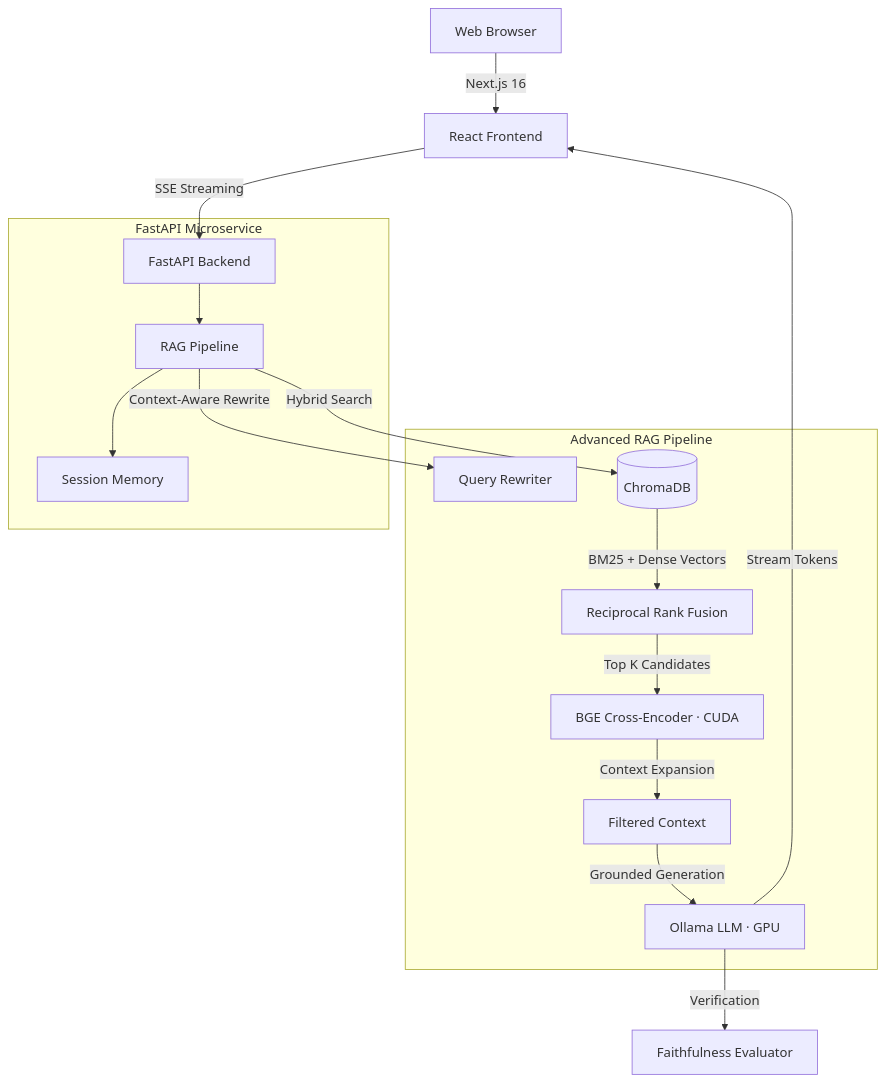
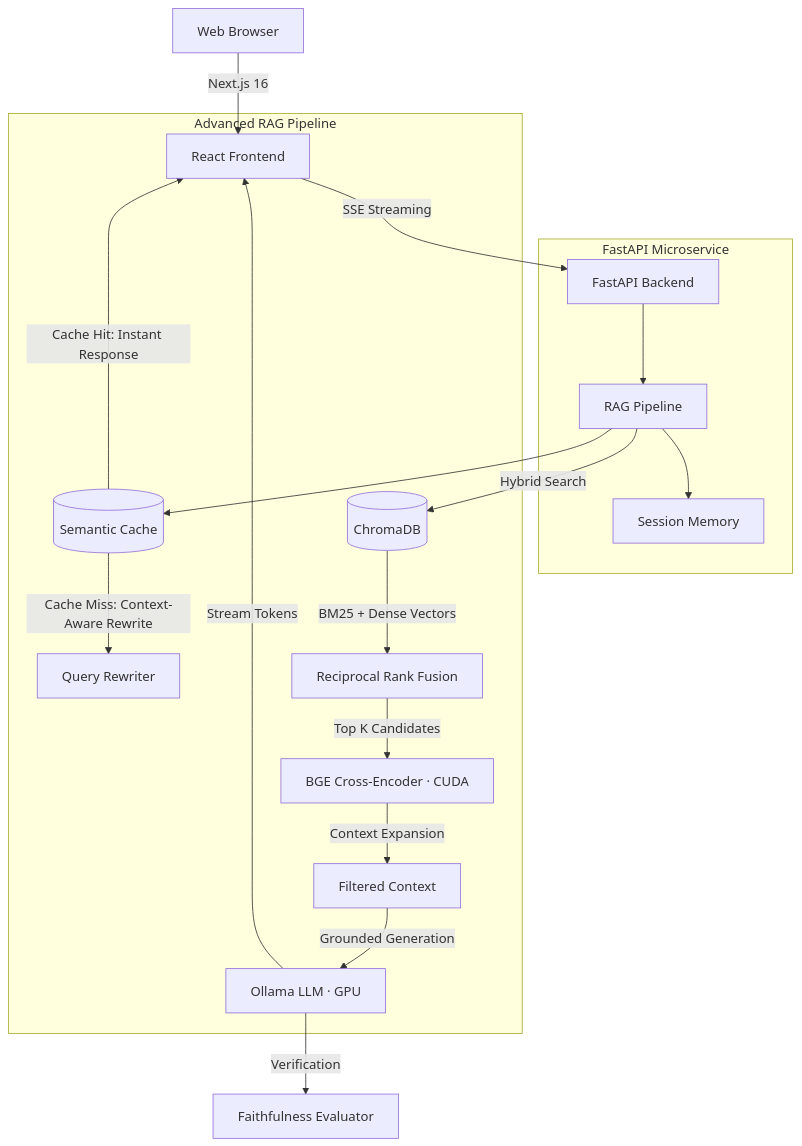
One commit to SoubhagyaJain/Company-policy-rag changed the diagram in README.md. Above: the diagram before and after it, drawn with Mermaid. The commit also changed other lines of this file, not shown here.

Commit message:
docs: Update README with Semantic Caching details

````diff
--- a/README.md
+++ b/README.md
@@ -50,22 +55,24 @@
 ```mermaid
 graph TD
     Client[Web Browser] --> |Next.js 16| UI[React Frontend]
     UI --> |SSE Streaming| API[FastAPI Backend]
 
     subgraph Backend [FastAPI Microservice]
         API --> Orchestrator[RAG Pipeline]
         Orchestrator --> Memory[Session Memory]
     end
 
     subgraph RAG [Advanced RAG Pipeline]
-        Orchestrator --> |Context-Aware Rewrite| LLM_Q[Query Rewriter]
+        Orchestrator --> Cache[(Semantic Cache)]
+        Cache --> |Cache Hit: Instant Response| UI
+        Cache --> |Cache Miss: Context-Aware Rewrite| LLM_Q[Query Rewriter]
         Orchestrator --> |Hybrid Search| VectorDB[(ChromaDB)]
         VectorDB --> |BM25 + Dense Vectors| RRF[Reciprocal Rank Fusion]
         RRF --> |Top K Candidates| Reranker[BGE Cross-Encoder · CUDA]
         Reranker --> |Context Expansion| Context[Filtered Context]
         Context --> |Grounded Generation| LLM[Ollama LLM · GPU]
     end
 
     LLM --> |Verification| Guardrail[Faithfulness Evaluator]
     LLM --> |Stream Tokens| UI
 ```
````
